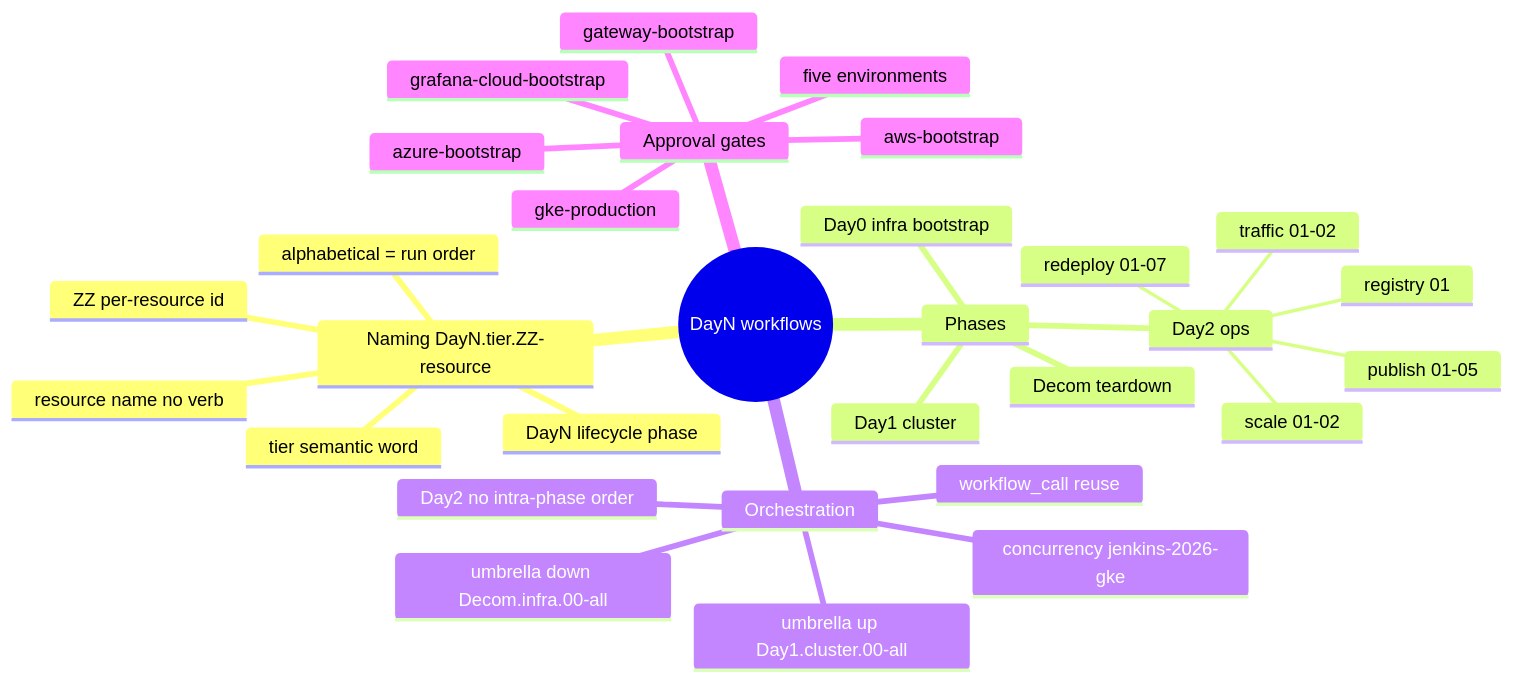
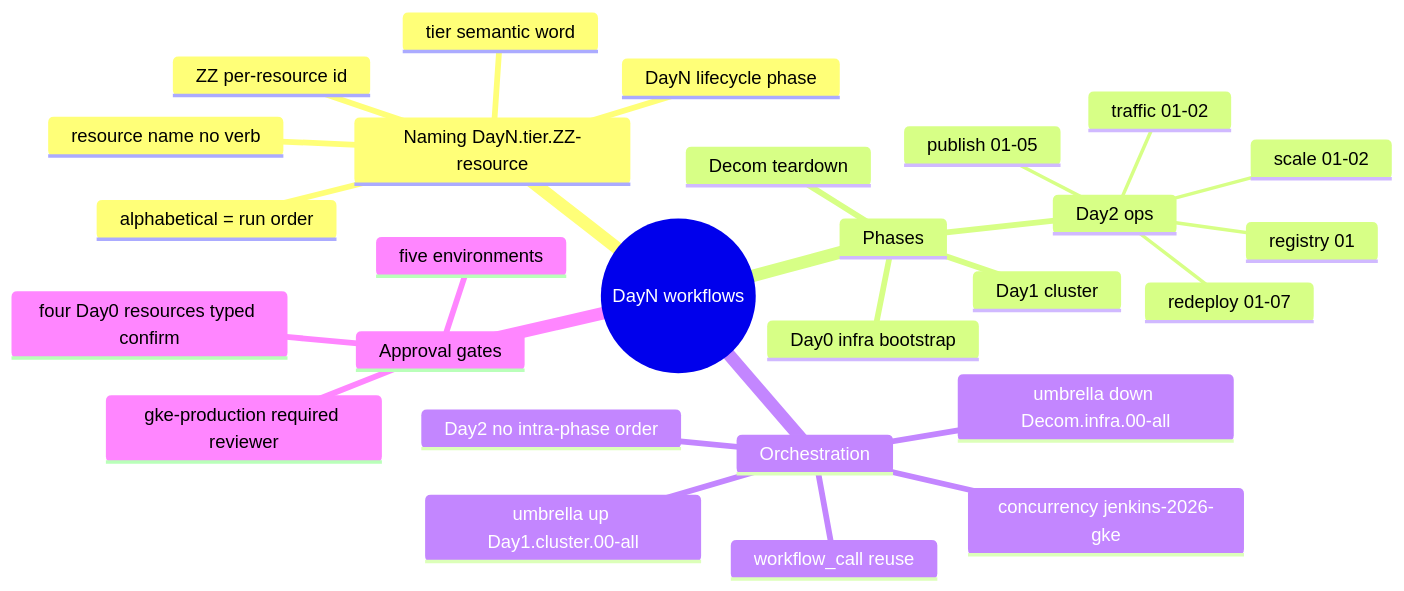
Before and after one commit to nubenetes/jenkins-2026: the first of 10 diagrams in docs/101-GITHUB_ACTIONS_WORKFLOWS.md, drawn with Mermaid. The commit also changed other lines of this file and 11 other files, not shown here.

````diff
--- a/docs/101-GITHUB_ACTIONS_WORKFLOWS.md
+++ b/docs/101-GITHUB_ACTIONS_WORKFLOWS.md
@@ -14,33 +14,30 @@
 ```mermaid
 mindmap
   root((DayN workflows))
     Naming DayN.tier.ZZ-resource
       DayN lifecycle phase
       tier semantic word
       ZZ per-resource id
       resource name no verb
       alphabetical = run order
     Phases
       Day0 infra bootstrap
       Day1 cluster
       Day2 ops
         publish 01-05
         redeploy 01-07
         registry 01
         scale 01-02
         traffic 01-02
       Decom teardown
     Orchestration
       concurrency jenkins-2026-gke
       workflow_call reuse
       umbrella up Day1.cluster.00-all
       umbrella down Decom.infra.00-all
       Day2 no intra-phase order
     Approval gates
       five environments
-      gke-production
-      gateway-bootstrap
-      grafana-cloud-bootstrap
-      azure-bootstrap
-      aws-bootstrap
+      gke-production required reviewer
+      four Day0 resources typed confirm
 ```
````
